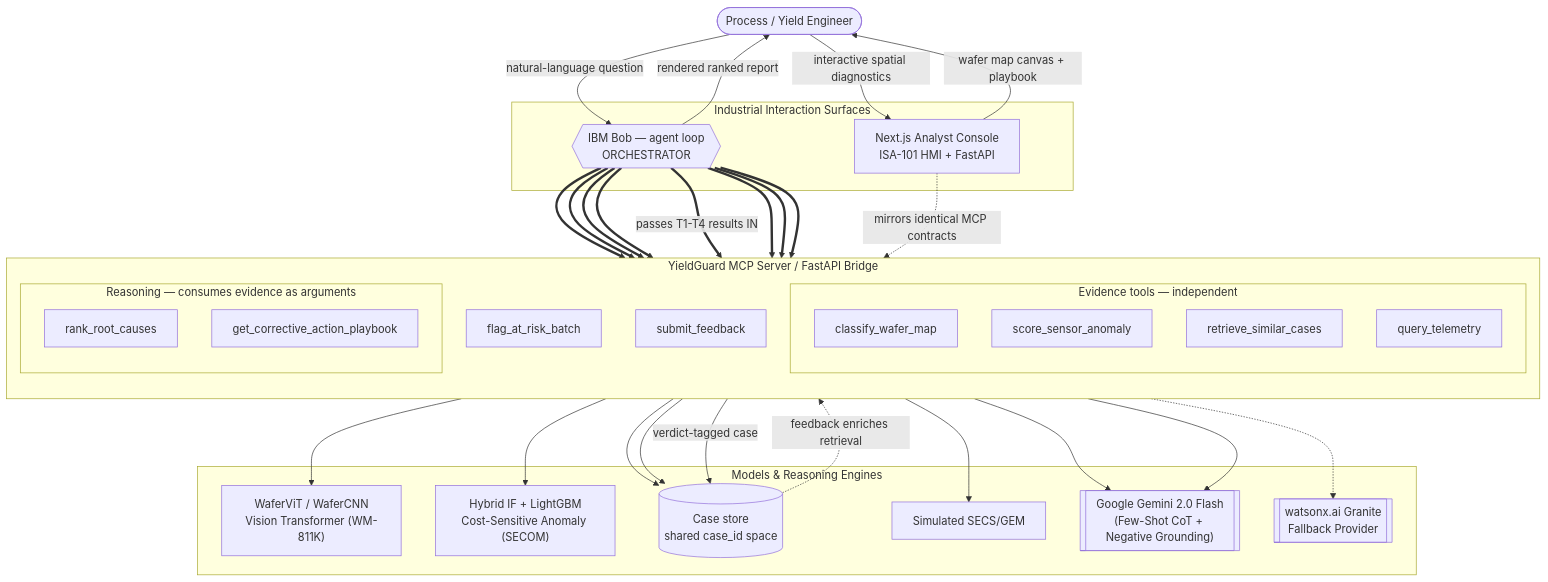
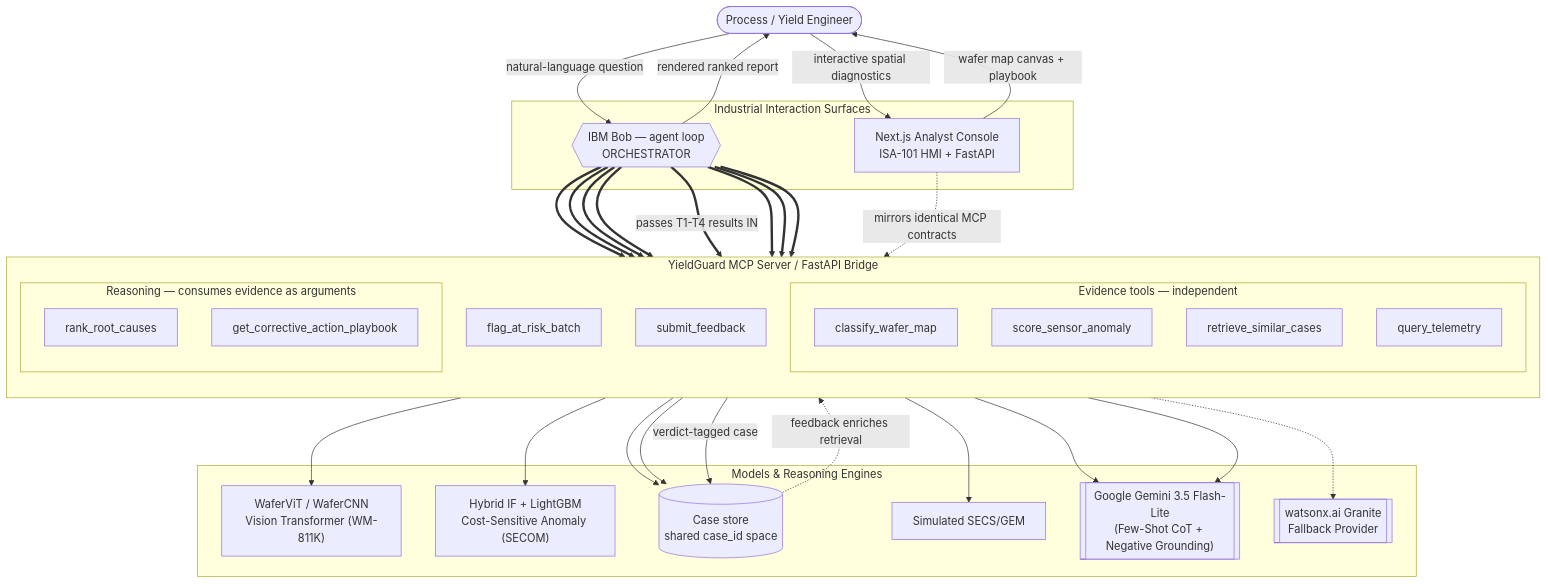
One commit to Parva-28/bob-ai-hackathon-DuckDuckGo changed the diagram in docs/architecture.md. Above: the diagram before and after it, drawn with Mermaid. The commit also changed other lines of this file and 5 other files, not shown here.

````diff
--- a/docs/architecture.md
+++ b/docs/architecture.md
@@ -9,61 +9,61 @@
 ```mermaid
 graph TD
     U([Process / Yield Engineer])
     
     subgraph SURFACES["Industrial Interaction Surfaces"]
         BOB{{"IBM Bob — agent loop<br/>ORCHESTRATOR"}}
         HMI["Next.js Analyst Console<br/>ISA-101 HMI + FastAPI"]
     end
 
     U -->|natural-language question| BOB
     U -->|interactive spatial diagnostics| HMI
     BOB -->|rendered ranked report| U
     HMI -->|wafer map canvas + playbook| U
 
     subgraph MCP["YieldGuard MCP Server / FastAPI Bridge"]
         direction TB
         subgraph EVID["Evidence tools — independent"]
             T1[classify_wafer_map]
             T2[score_sensor_anomaly]
             T3[retrieve_similar_cases]
             T4[query_telemetry]
         end
         subgraph REASON["Reasoning — consumes evidence as arguments"]
             T5[rank_root_causes]
             T6[get_corrective_action_playbook]
         end
         T7[flag_at_risk_batch]
         T8[submit_feedback]
     end
 
     BOB ==> T1
     BOB ==> T2
     BOB ==> T3
     BOB ==> T4
     BOB ==>|passes T1-T4 results IN| T5
     BOB ==> T6
     BOB ==> T7
     BOB ==> T8
 
     HMI -.->|mirrors identical MCP contracts| MCP
 
     subgraph MODELS["Models & Reasoning Engines"]
         M1["WaferViT / WaferCNN<br/>Vision Transformer (WM-811K)"]
         M2["Hybrid IF + LightGBM<br/>Cost-Sensitive Anomaly (SECOM)"]
         M3[(Case store<br/>shared case_id space)]
         M4[Simulated SECS/GEM]
-        M5[["Google Gemini 2.0 Flash<br/>(Few-Shot CoT + Negative Grounding)"]]
+        M5[["Google Gemini 3.5 Flash-Lite<br/>(Few-Shot CoT + Negative Grounding)"]]
         M6[[watsonx.ai Granite<br/>Fallback Provider]]
     end
 
     T1 --> M1
     T2 --> M2
     T3 --> M3
     T4 --> M4
     T5 --> M5
     T5 -.-> M6
     T6 --> M5
     T7 --> M3
     T8 -->|verdict-tagged case| M3
     M3 -.->|feedback enriches retrieval| T3
 ```
````
